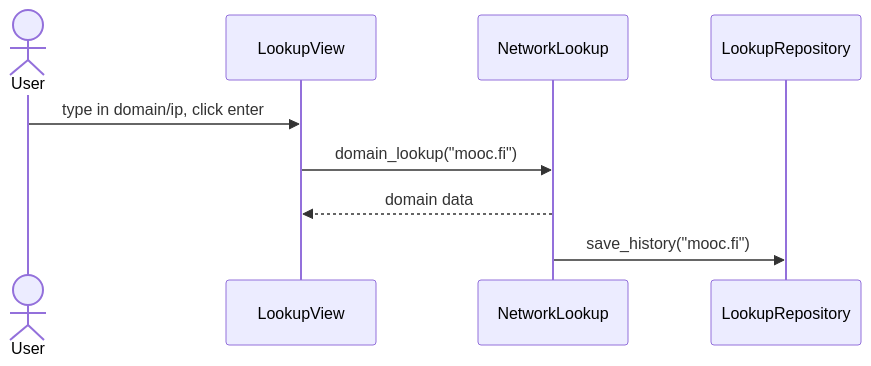
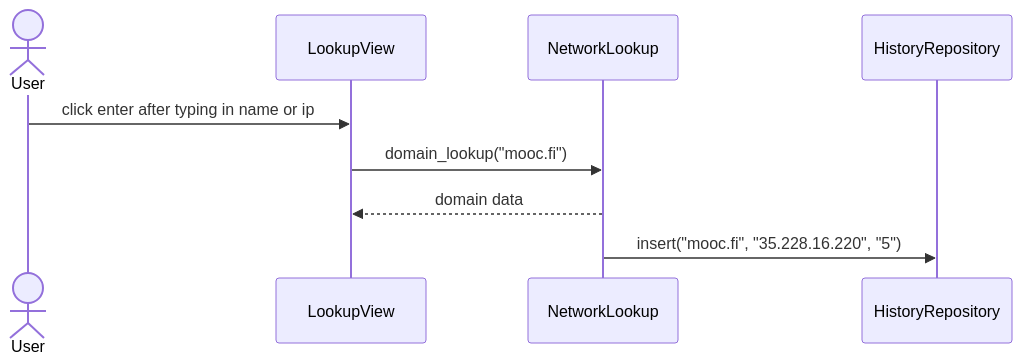
The second of 3 diagrams in dokumentaatio/arkkitehtuuri.md (weverhall/ot-harjoitustyo), drawn with Mermaid before and after one commit. The commit also changed other lines of this file and 4 other files, not shown here.

````diff
--- a/dokumentaatio/arkkitehtuuri.md
+++ b/dokumentaatio/arkkitehtuuri.md
@@ -24,11 +38,11 @@
 ```mermaid
 sequenceDiagram
     actor User
     participant LookupView
     participant NetworkLookup
-    participant LookupRepository
-    User->>LookupView: type in domain/ip, click enter
+    participant HistoryRepository
+    User->>LookupView: click enter after typing in name or ip
     LookupView->>NetworkLookup: domain_lookup("mooc.fi")
     NetworkLookup-->>LookupView: domain data
-    NetworkLookup->>LookupRepository: save_history("mooc.fi")
+    NetworkLookup->>HistoryRepository: insert("mooc.fi", "35.228.16.220", "5")
 ```
````
